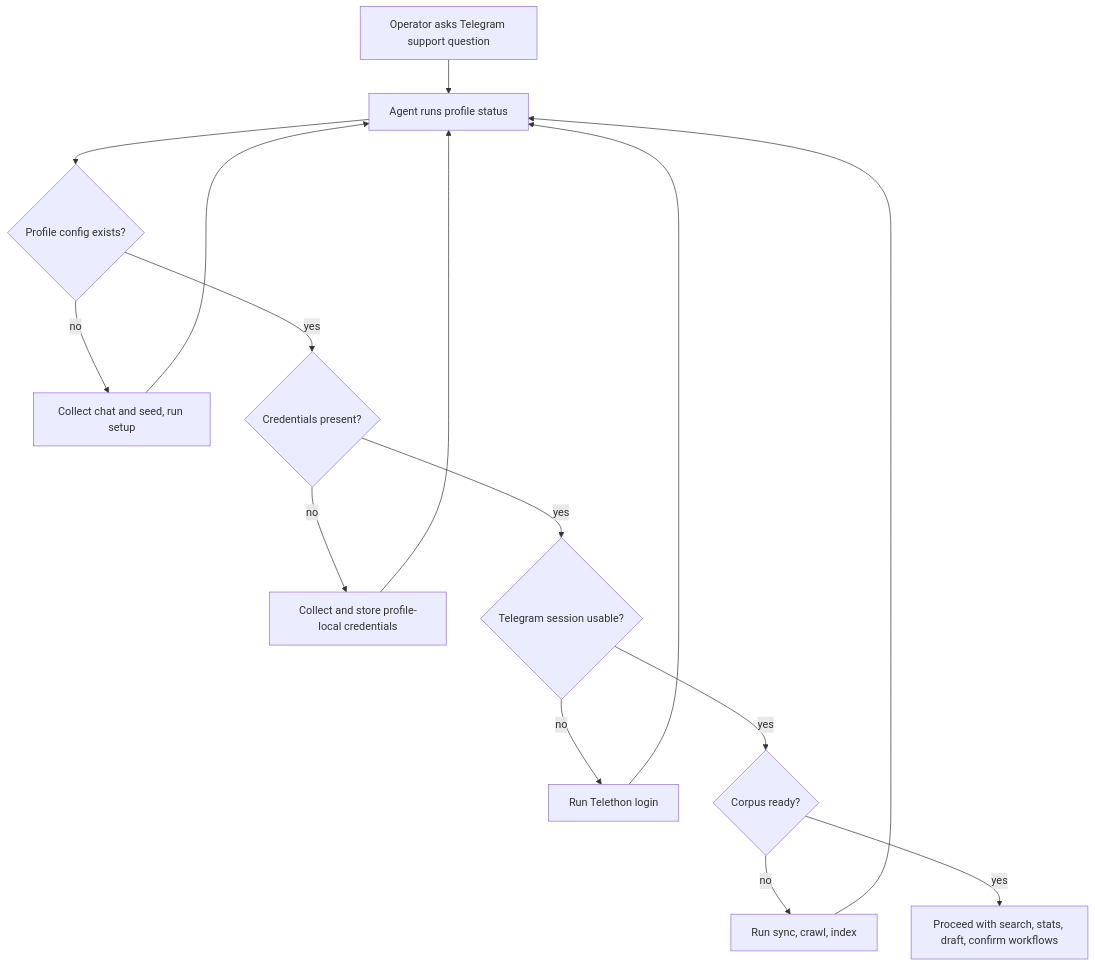
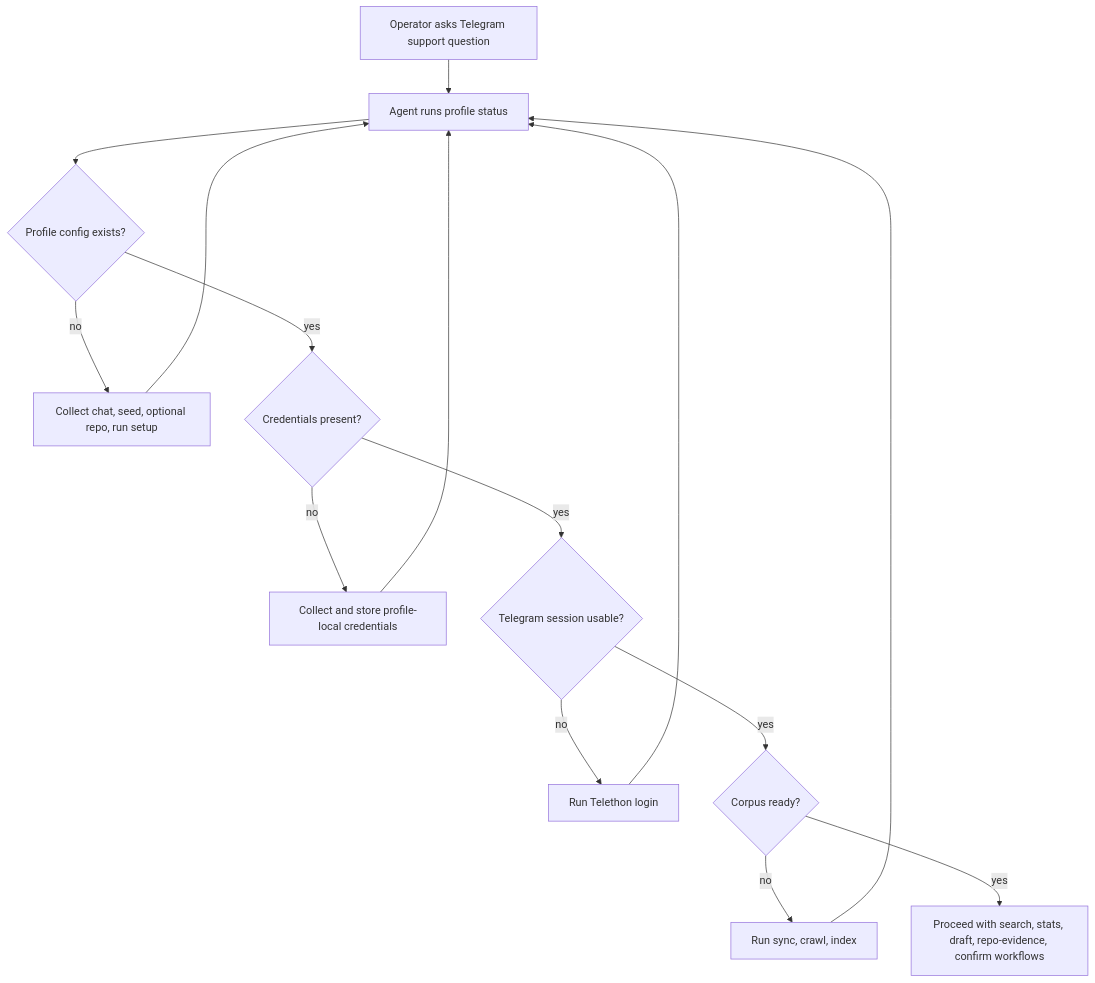
One commit to igorrendulic/tg-customer-support-plugin changed the diagram in docs/plans/2026-06-25-002-feat-agent-led-setup-plan.md. Above: the diagram before and after it, drawn with Mermaid. The commit also changed other lines of this file and 19 other files, not shown here.

Commit message:
feat: add github repo evidence

````diff
--- a/docs/plans/2026-06-25-002-feat-agent-led-setup-plan.md
+++ b/docs/plans/2026-06-25-002-feat-agent-led-setup-plan.md
@@ -64,17 +65,17 @@
 ```mermaid
 flowchart TB
   Ask[Operator asks Telegram support question] --> Status[Agent runs profile status]
   Status --> MissingConfig{Profile config exists?}
-  MissingConfig -->|no| Setup[Collect chat and seed, run setup]
+  MissingConfig -->|no| Setup[Collect chat, seed, optional repo, run setup]
   MissingConfig -->|yes| MissingCreds{Credentials present?}
   Setup --> Status
   MissingCreds -->|no| Creds[Collect and store profile-local credentials]
   MissingCreds -->|yes| Session{Telegram session usable?}
   Creds --> Status
   Session -->|no| Login[Run Telethon login]
   Session -->|yes| Corpus{Corpus ready?}
   Login --> Status
   Corpus -->|no| Build[Run sync, crawl, index]
-  Corpus -->|yes| Normal[Proceed with search, stats, draft, confirm workflows]
+  Corpus -->|yes| Normal[Proceed with search, stats, draft, repo-evidence, confirm workflows]
   Build --> Status
 ```
````
